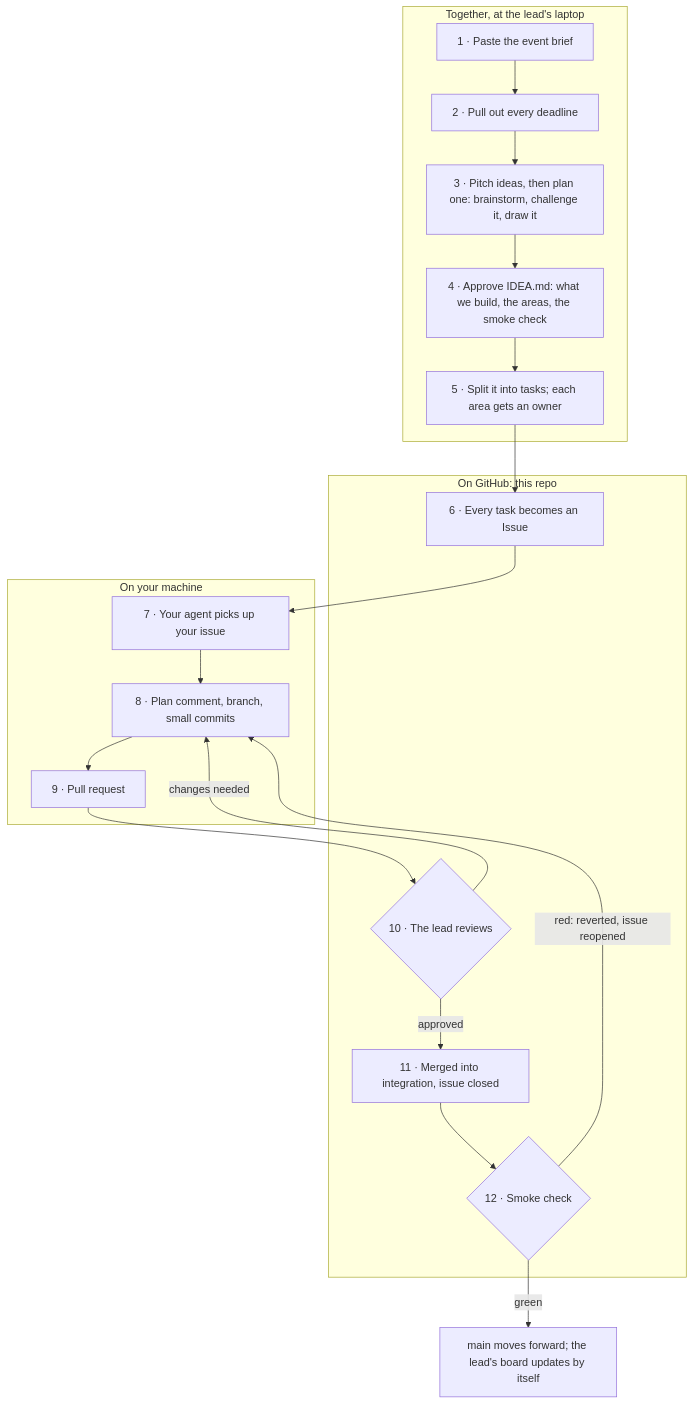
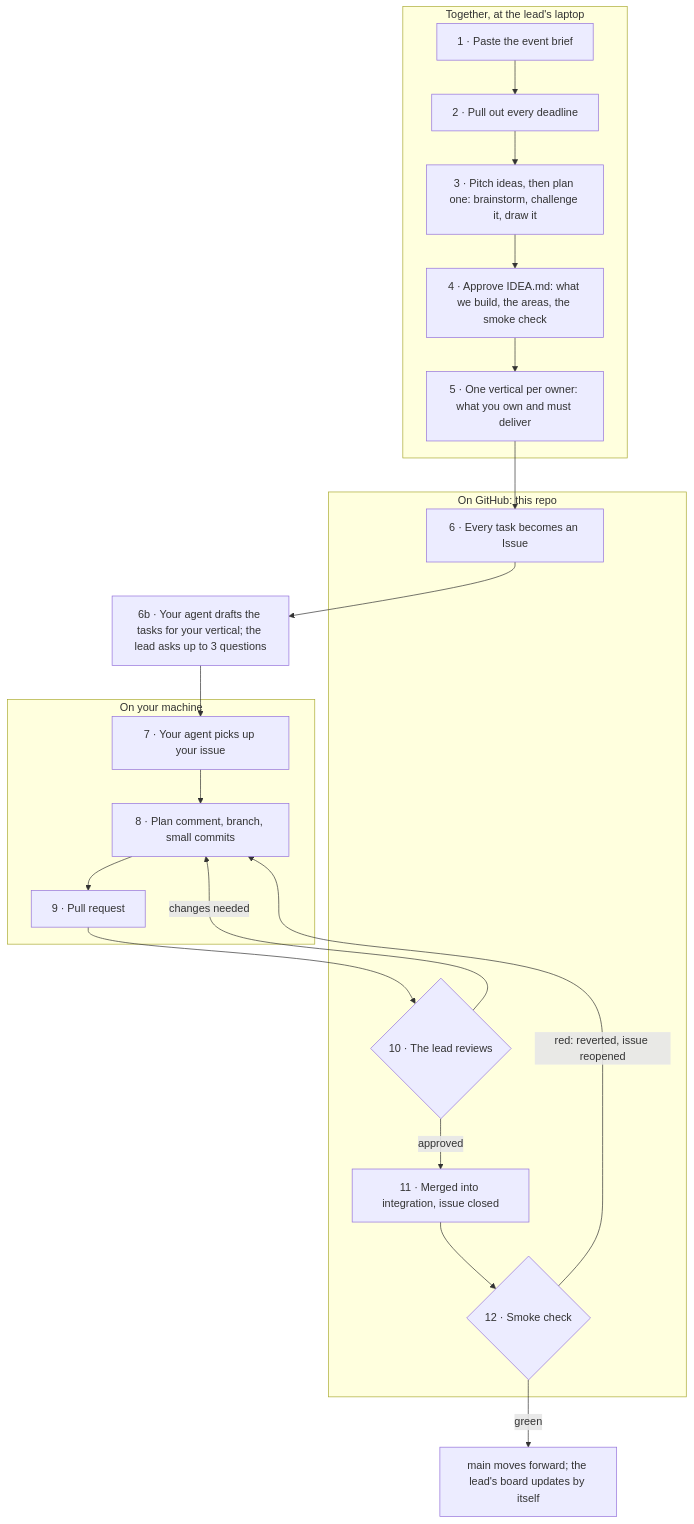
The first of 5 diagrams in README.md (atiladeokegab/kit-sandbox-e1), drawn with Mermaid before and after one commit. The commit also changed other lines of this file and 14 other files, not shown here.

````diff
--- a/README.md
+++ b/README.md
@@ -35,26 +35,26 @@
 ```mermaid
 flowchart TB
     subgraph LEAD["Together, at the lead's laptop"]
         A["1 · Paste the event brief"] --> B["2 · Pull out every deadline"]
         B --> C["3 · Pitch ideas, then plan one: brainstorm, challenge it, draw it"]
         C --> D["4 · Approve IDEA.md: what we build, the areas, the smoke check"]
-        D --> E["5 · Split it into tasks; each area gets an owner"]
+        D --> E["5 · One vertical per owner: what you own and must deliver"]
     end
     subgraph GH["On GitHub: this repo"]
         F["6 · Every task becomes an Issue"]
         R{"10 · The lead reviews"}
         M["11 · Merged into integration, issue closed"]
         S{"12 · Smoke check"}
     end
     subgraph YOU["On your machine"]
         G["7 · Your agent picks up your issue"] --> H["8 · Plan comment, branch, small commits"]
         H --> I["9 · Pull request"]
     end
-    E --> F --> G
+    E --> F --> V["6b · Your agent drafts the tasks for your vertical; the lead asks up to 3 questions"] --> G
     I --> R
     R -- "changes needed" --> H
     R -- "approved" --> M
     M --> S
     S -- "green" --> N["main moves forward; the lead's board updates by itself"]
     S -- "red: reverted, issue reopened" --> H
 ```
````
